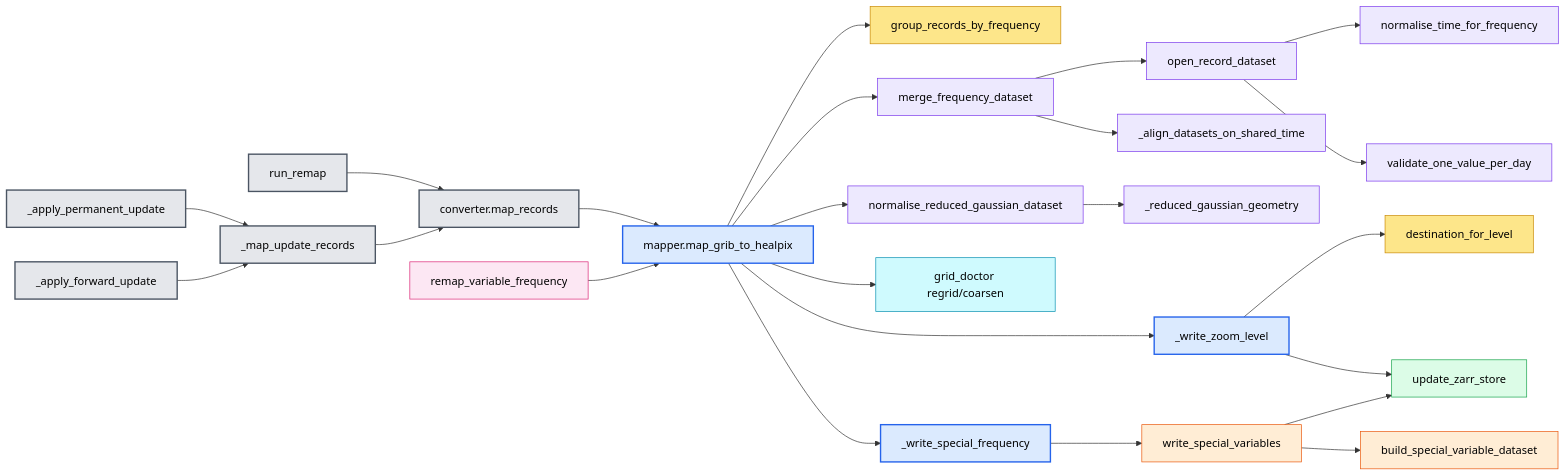
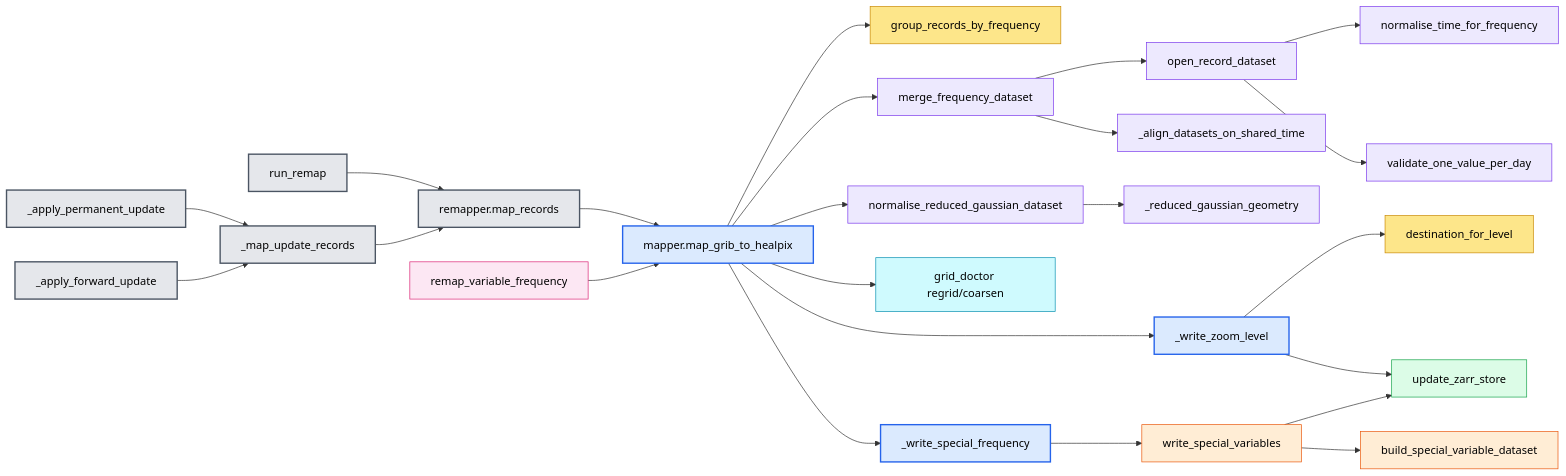
Before and after one commit to freva-org/grid-doctor: the third of 11 diagrams in scripts/era5land/FUNCTION_CALL_GRAPH.md, drawn with Mermaid. The commit also changed other lines of this file and 30 other files, not shown here.

````diff
--- a/scripts/era5land/FUNCTION_CALL_GRAPH.md
+++ b/scripts/era5land/FUNCTION_CALL_GRAPH.md
@@ -117,39 +117,39 @@
 ```mermaid
 flowchart LR
-    MAP[converter.map_records]:::converter --> HEALPIX[mapper.map_grib_to_healpix]:::mapper
+    MAP[remapper.map_records]:::remapper --> HEALPIX[mapper.map_grib_to_healpix]:::mapper
     HEALPIX --> GROUP[group_records_by_frequency]:::formatter
     HEALPIX --> MERGE_DATA[merge_frequency_dataset]:::datasets
     MERGE_DATA --> OPEN[open_record_dataset]:::datasets
     OPEN --> NORMALISE_TIME[normalise_time_for_frequency]:::datasets
     OPEN --> VALIDATE[validate_one_value_per_day]:::datasets
     MERGE_DATA --> ALIGN[_align_datasets_on_shared_time]:::datasets
 
     HEALPIX --> GAUSSIAN[normalise_reduced_gaussian_dataset]:::datasets
     GAUSSIAN --> GEOMETRY[_reduced_gaussian_geometry]:::datasets
     HEALPIX --> GRID[grid_doctor regrid/coarsen]:::grid_doctor
     HEALPIX --> ZOOM[_write_zoom_level]:::mapper
     ZOOM --> DEST[destination_for_level]:::formatter
     ZOOM --> PUBLISH[update_zarr_store]:::zarr_publisher
 
     HEALPIX --> SPECIAL[_write_special_frequency]:::mapper
     SPECIAL --> WRITE_SPECIAL[write_special_variables]:::special
     WRITE_SPECIAL --> SPECIAL_DATA[build_special_variable_dataset]:::special
     WRITE_SPECIAL --> PUBLISH
 
-    REMAP[run_remap]:::converter --> MAP
-    PERMANENT[_apply_permanent_update]:::converter --> UPDATE_MAP[_map_update_records]:::converter
-    FORWARD[_apply_forward_update]:::converter --> UPDATE_MAP
+    REMAP[run_remap]:::remapper --> MAP
+    PERMANENT[_apply_permanent_update]:::remapper --> UPDATE_MAP[_map_update_records]:::remapper
+    FORWARD[_apply_forward_update]:::remapper --> UPDATE_MAP
     UPDATE_MAP --> MAP
     WORKER[remap_variable_frequency]:::reflow_cli --> HEALPIX
 
-    classDef converter fill:#e5e7eb,stroke:#4b5563,color:#000000,stroke-width:2px
+    classDef remapper fill:#e5e7eb,stroke:#4b5563,color:#000000,stroke-width:2px
     classDef formatter fill:#fde68a,stroke:#ca8a04,color:#000000
     classDef datasets fill:#ede9fe,stroke:#7c3aed,color:#000000
     classDef grid_doctor fill:#cffafe,stroke:#0891b2,color:#000000
     classDef mapper fill:#dbeafe,stroke:#2563eb,color:#000000,stroke-width:2px
     classDef special fill:#ffedd5,stroke:#ea580c,color:#000000
     classDef zarr_publisher fill:#dcfce7,stroke:#16a34a,color:#000000
     classDef reflow_cli fill:#fce7f3,stroke:#db2777,color:#000000
 
 
 ```
````
